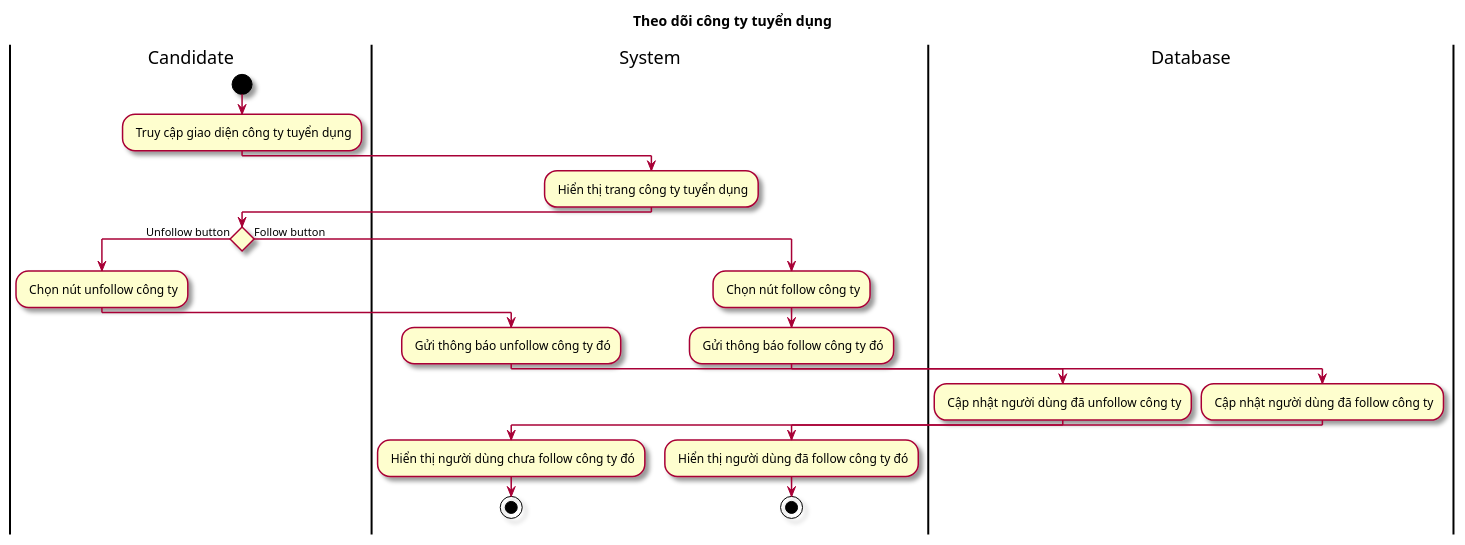
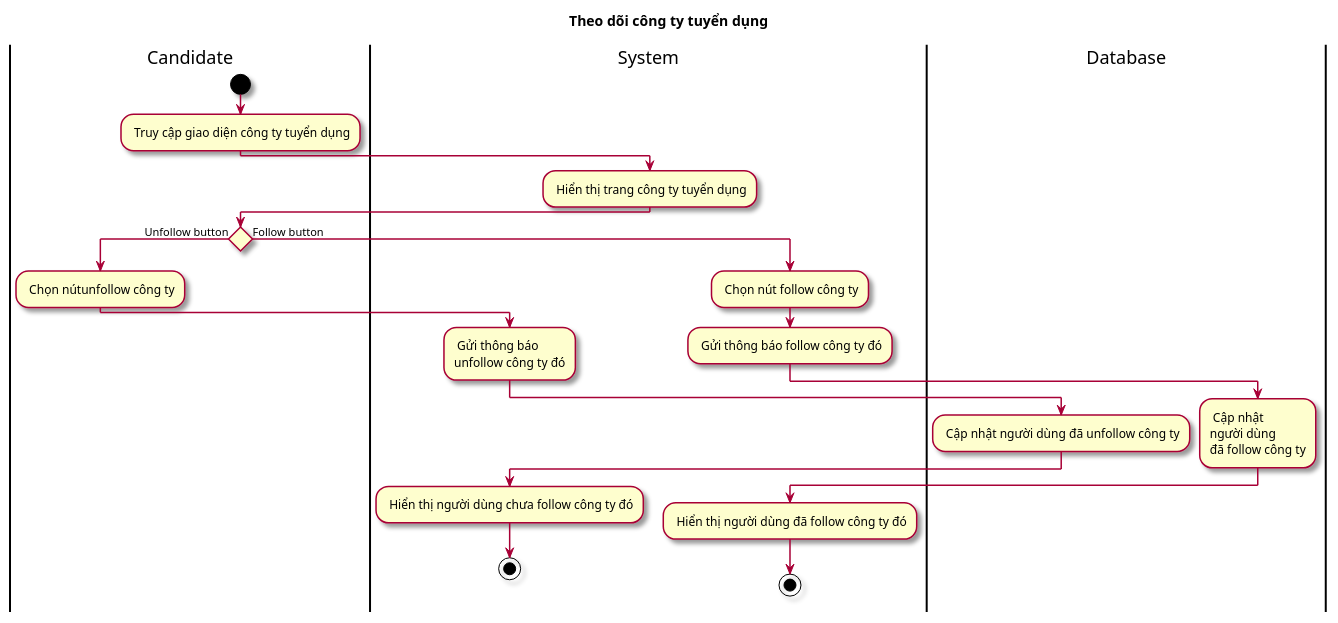
The diagram in Lab1/Lab 1.2 Diagram/Activity/FileUML/3.1 ActTheoDoiCongTyTuyenDung.puml (Griselda4774/EAS-EmploymentAssistanceSystem), drawn with PlantUML before and after one commit. The commit also changed 5 other files, not shown here.

```diff
--- a/Lab1/Lab 1.2 Diagram/Activity/FileUML/3.1 ActTheoDoiCongTyTuyenDung.puml
+++ b/Lab1/Lab 1.2 Diagram/Activity/FileUML/3.1 ActTheoDoiCongTyTuyenDung.puml
@@ -1,30 +1,30 @@
 @startuml ActTheoDoiCongTyTuyenDung
 
 skin rose
 title Theo dõi công ty tuyển dụng
 
 |Candidate|
 start
 : Truy cập giao diện công ty tuyển dụng;
 |System|
 : Hiển thị trang công ty tuyển dụng;
 |Candidate|
 if () then (Unfollow button)
-: Chọn nút unfollow công ty;
+: Chọn nútunfollow công ty;
 |System|
-: Gửi thông báo unfollow công ty đó;
+: Gửi thông báo\nunfollow công ty đó;
 |Database|
 : Cập nhật người dùng đã unfollow công ty;
 |System|
 : Hiển thị người dùng chưa follow công ty đó; 
 stop
 else (Follow button)
 : Chọn nút follow công ty;
 |System|
 : Gửi thông báo follow công ty đó;
 |Database|
-: Cập nhật người dùng đã follow công ty;
+: Cập nhật\nngười dùng\nđã follow công ty;
 |System|
 : Hiển thị người dùng đã follow công ty đó; 
 stop
 @enduml
```
